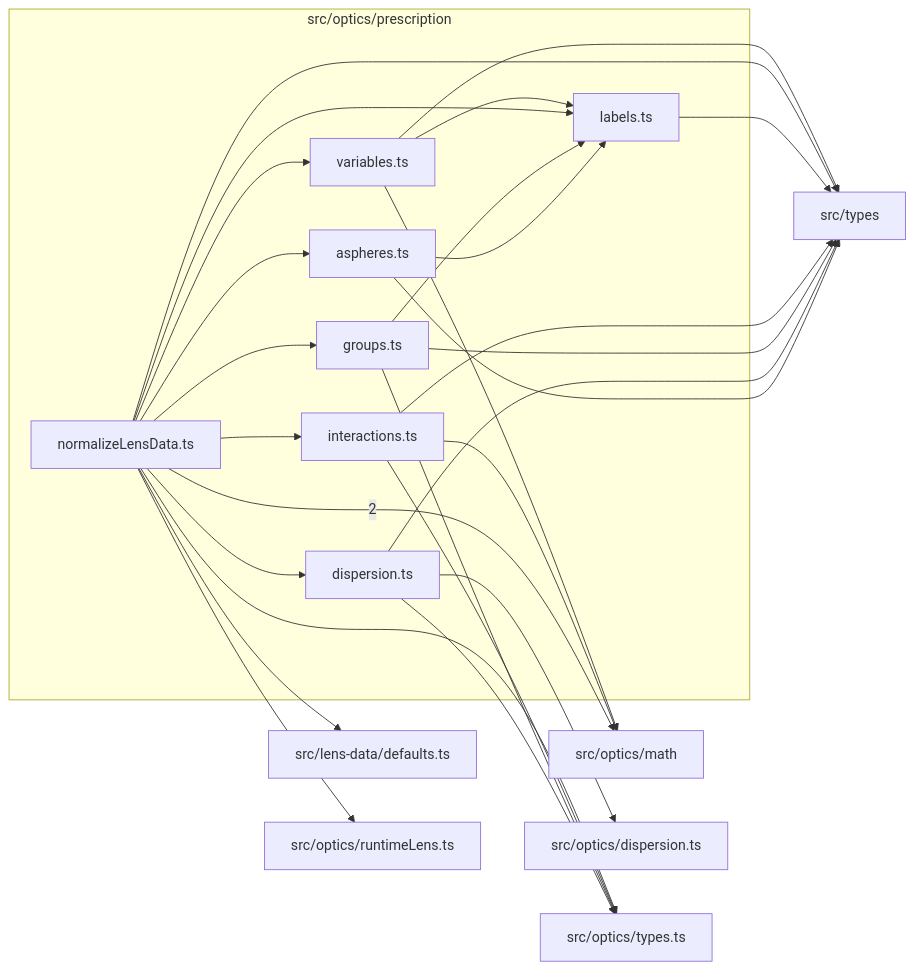
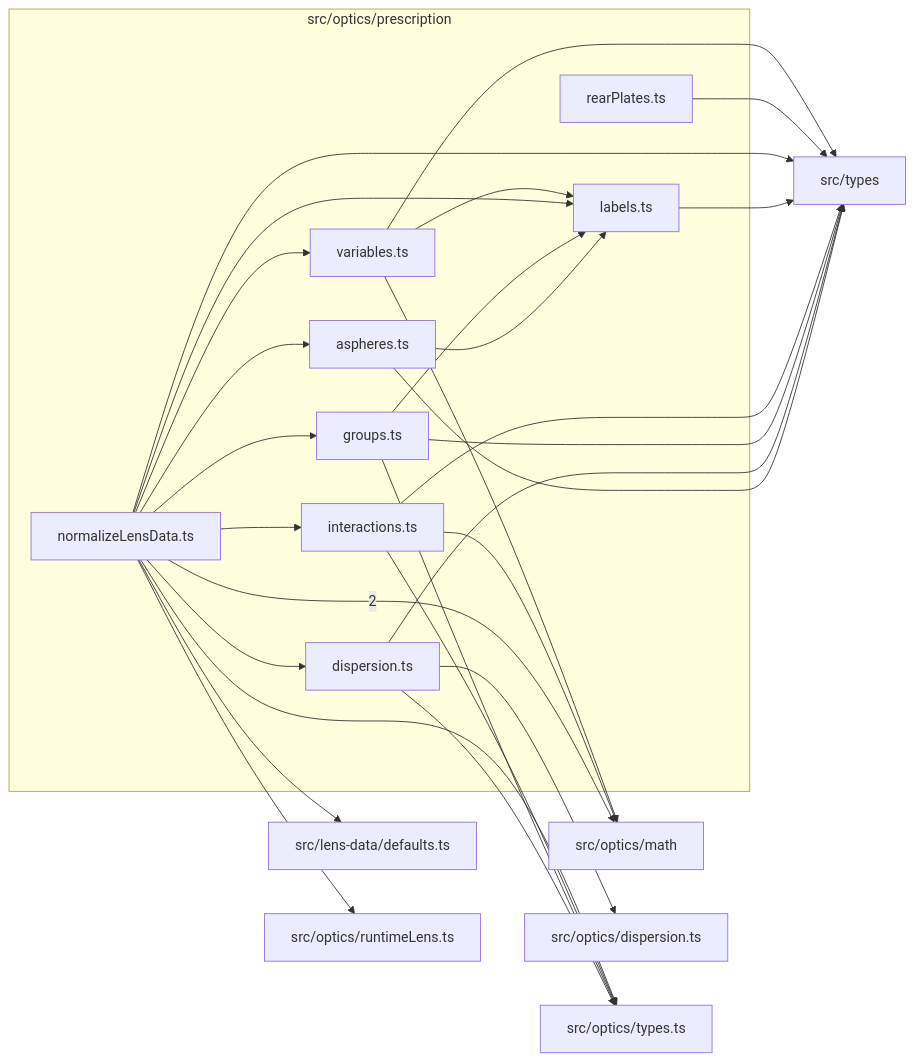
One commit to ronbuening/LensVisualizer changed the diagram in src/optics/prescription/readme.md. Above: the diagram before and after it, drawn with Mermaid. The commit also changed other lines of this file and 38 other files, not shown here.

First line of the commit message:
Trace source-listed rear cover/filter plates without drawing them

````diff
--- a/src/optics/prescription/readme.md
+++ b/src/optics/prescription/readme.md
@@ -9,44 +9,46 @@
 ```mermaid
 flowchart LR
   subgraph n_src_optics_prescription["src/optics/prescription"]
     n_src_optics_prescription_src_optics_prescription_aspheres_ts["aspheres.ts"]
     n_src_optics_prescription_src_optics_prescription_dispersion_ts["dispersion.ts"]
     n_src_optics_prescription_src_optics_prescription_groups_ts["groups.ts"]
     n_src_optics_prescription_src_optics_prescription_interactions_ts["interactions.ts"]
     n_src_optics_prescription_src_optics_prescription_labels_ts["labels.ts"]
     n_src_optics_prescription_src_optics_prescription_normalizeLensData_ts["normalizeLensData.ts"]
+    n_src_optics_prescription_src_optics_prescription_rearPlates_ts["rearPlates.ts"]
     n_src_optics_prescription_src_optics_prescription_variables_ts["variables.ts"]
   end
   n_external_src_optics_math["src/optics/math"]
   n_external_src_lens_data_defaults_ts["src/lens-data/defaults.ts"]
   n_external_src_optics_dispersion_ts["src/optics/dispersion.ts"]
   n_external_src_optics_runtimeLens_ts["src/optics/runtimeLens.ts"]
   n_external_src_optics_types_ts["src/optics/types.ts"]
   n_external_src_types["src/types"]
   n_src_optics_prescription_src_optics_prescription_normalizeLensData_ts --> |2| n_external_src_optics_math
   n_src_optics_prescription_src_optics_prescription_normalizeLensData_ts --> n_external_src_lens_data_defaults_ts
   n_src_optics_prescription_src_optics_prescription_dispersion_ts --> n_external_src_optics_dispersion_ts
   n_src_optics_prescription_src_optics_prescription_interactions_ts --> n_external_src_optics_math
   n_src_optics_prescription_src_optics_prescription_variables_ts --> n_external_src_optics_math
   n_src_optics_prescription_src_optics_prescription_normalizeLensData_ts --> n_external_src_optics_runtimeLens_ts
   n_src_optics_prescription_src_optics_prescription_dispersion_ts --> n_external_src_optics_types_ts
   n_src_optics_prescription_src_optics_prescription_groups_ts --> n_external_src_optics_types_ts
   n_src_optics_prescription_src_optics_prescription_interactions_ts --> n_external_src_optics_types_ts
   n_src_optics_prescription_src_optics_prescription_normalizeLensData_ts --> n_external_src_optics_types_ts
   n_src_optics_prescription_src_optics_prescription_aspheres_ts --> n_external_src_types
   n_src_optics_prescription_src_optics_prescription_dispersion_ts --> n_external_src_types
   n_src_optics_prescription_src_optics_prescription_groups_ts --> n_external_src_types
   n_src_optics_prescription_src_optics_prescription_interactions_ts --> n_external_src_types
   n_src_optics_prescription_src_optics_prescription_labels_ts --> n_external_src_types
   n_src_optics_prescription_src_optics_prescription_normalizeLensData_ts --> n_external_src_types
+  n_src_optics_prescription_src_optics_prescription_rearPlates_ts --> n_external_src_types
   n_src_optics_prescription_src_optics_prescription_variables_ts --> n_external_src_types
   n_src_optics_prescription_src_optics_prescription_normalizeLensData_ts --> n_src_optics_prescription_src_optics_prescription_aspheres_ts
   n_src_optics_prescription_src_optics_prescription_normalizeLensData_ts --> n_src_optics_prescription_src_optics_prescription_dispersion_ts
   n_src_optics_prescription_src_optics_prescription_normalizeLensData_ts --> n_src_optics_prescription_src_optics_prescription_groups_ts
   n_src_optics_prescription_src_optics_prescription_normalizeLensData_ts --> n_src_optics_prescription_src_optics_prescription_interactions_ts
   n_src_optics_prescription_src_optics_prescription_aspheres_ts --> n_src_optics_prescription_src_optics_prescription_labels_ts
   n_src_optics_prescription_src_optics_prescription_groups_ts --> n_src_optics_prescription_src_optics_prescription_labels_ts
   n_src_optics_prescription_src_optics_prescription_normalizeLensData_ts --> n_src_optics_prescription_src_optics_prescription_labels_ts
   n_src_optics_prescription_src_optics_prescription_variables_ts --> n_src_optics_prescription_src_optics_prescription_labels_ts
   n_src_optics_prescription_src_optics_prescription_normalizeLensData_ts --> n_src_optics_prescription_src_optics_prescription_variables_ts
 ```
````
